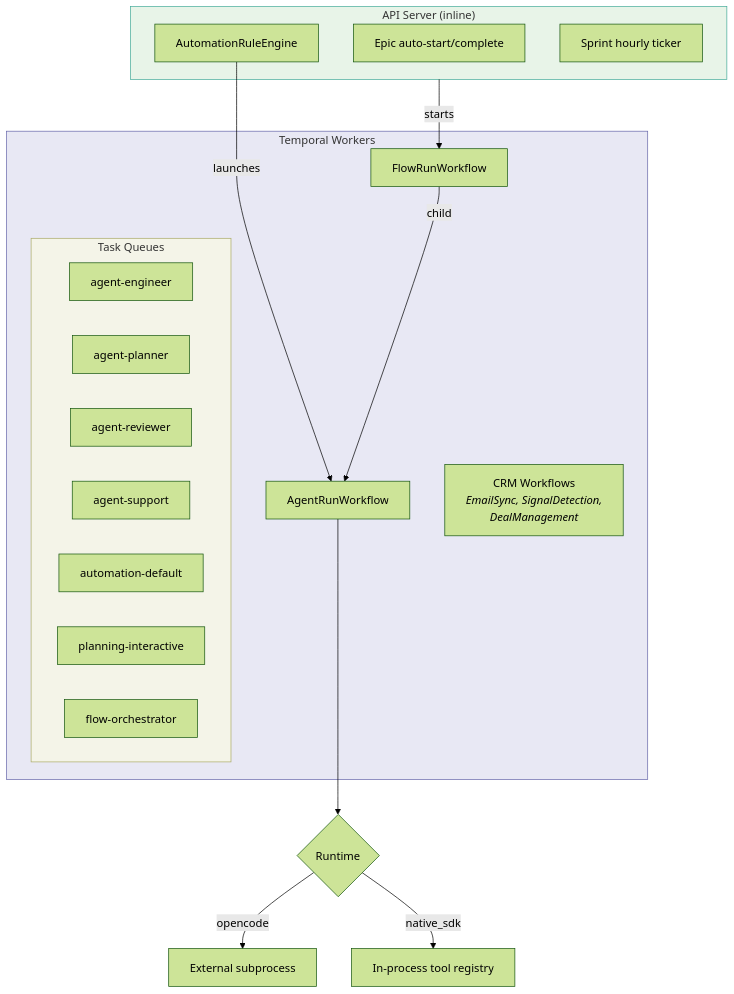
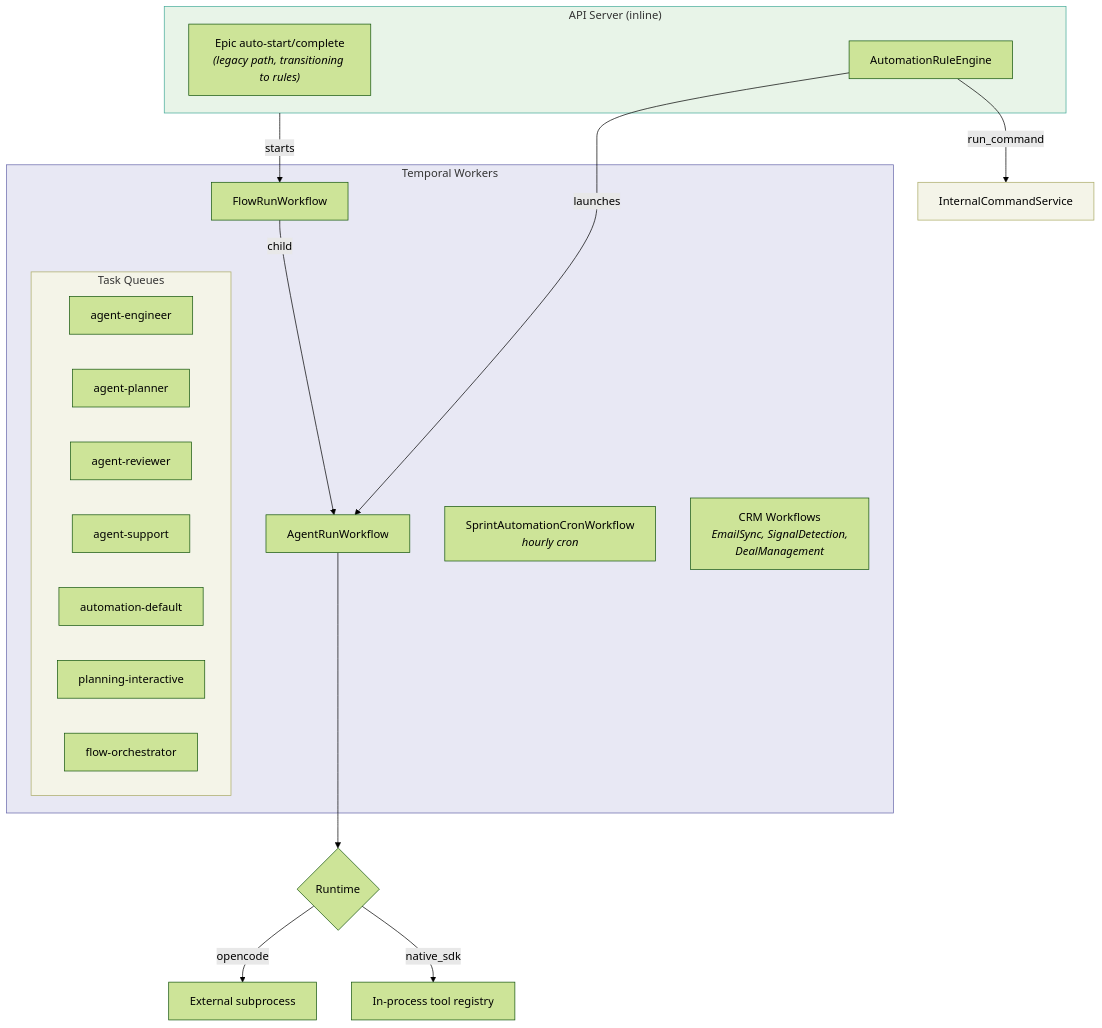
The ninth of 11 diagrams in docs/AUTOMATION_AND_AGENT_ARCHITECTURE.md (helpin-ai/helpin), drawn with Mermaid (forest theme) before and after one commit. The commit also changed other lines of this file and 62 other files, not shown here.

Commit message:
remove legacy v1 flow, solidify v2

````diff
--- a/docs/AUTOMATION_AND_AGENT_ARCHITECTURE.md
+++ b/docs/AUTOMATION_AND_AGENT_ARCHITECTURE.md
@@ -605,35 +621,37 @@
 ```mermaid
 flowchart TB
     subgraph API["API Server (inline)"]
-        EPIC_AUTO["Epic auto-start/complete"]
+        EPIC_AUTO["Epic auto-start/complete<br/><i>(legacy path, transitioning to rules)</i>"]
         RULE_EVAL["AutomationRuleEngine"]
-        SPRINT["Sprint hourly ticker"]
     end
 
     subgraph TEMPORAL["Temporal Workers"]
         subgraph QUEUES["Task Queues"]
             Q1["agent-engineer"]
             Q2["agent-planner"]
             Q3["agent-reviewer"]
             Q4["agent-support"]
             Q5["automation-default"]
             Q6["planning-interactive"]
             Q7["flow-orchestrator"]
         end
         ARW["AgentRunWorkflow"]
         FRW["FlowRunWorkflow"]
+        SPRINT_WF["SprintAutomationCronWorkflow<br/><i>hourly cron</i>"]
         CRM_WF["CRM Workflows<br/><i>EmailSync, SignalDetection,<br/>DealManagement</i>"]
     end
 
     RULE_EVAL -->|"launches"| ARW
+    RULE_EVAL -->|"run_command"| CMD["InternalCommandService"]
     API -->|"starts"| FRW
     FRW -->|"child"| ARW
 
     ARW --> RT{"Runtime"}
     RT -->|"opencode"| OC["External subprocess"]
     RT -->|"native_sdk"| NS["In-process tool registry"]
 
     style API fill:#e8f4e8,stroke:#4a9
     style TEMPORAL fill:#e8e8f4,stroke:#66a
     style QUEUES fill:#f4f4e8,stroke:#aa6
+    style CMD fill:#f4f4e8,stroke:#aa6
 ```
````
